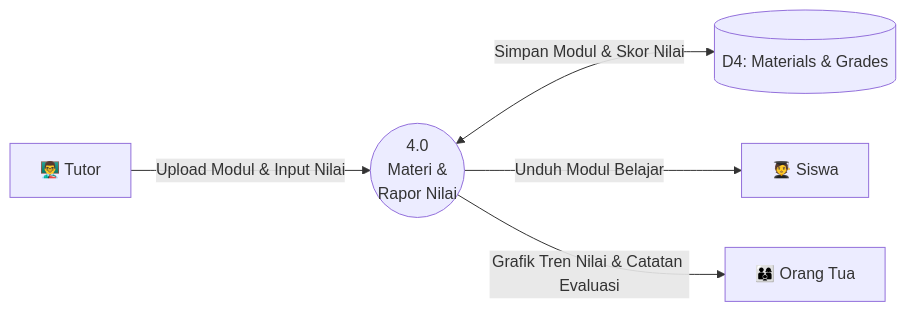
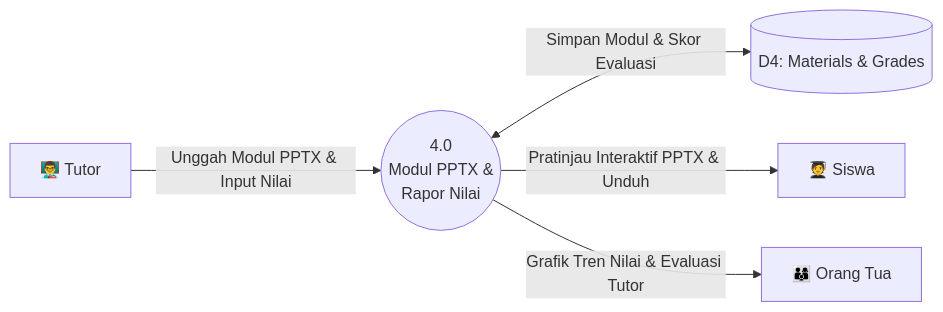
One commit to mohyusfi/bimbel-rpl changed the fifth of 6 diagrams in dfd/dfd_level_1.md. Above: the diagram before and after it, drawn with Mermaid. The commit also changed other lines of this file and 30 other files, not shown here.

````diff
--- a/dfd/dfd_level_1.md
+++ b/dfd/dfd_level_1.md
@@ -99,7 +116,7 @@
 ```mermaid
 flowchart LR
-    Tutor["👨‍🏫 Tutor"] -->|"Upload Modul & Input Nilai"| P4(("4.0<br/>Materi &<br/>Rapor Nilai"))
-    P4 <-->|"Simpan Modul & Skor Nilai"| D4[("D4: Materials & Grades")]
-    P4 -->|"Unduh Modul Belajar"| Siswa["🧑‍🎓 Siswa"]
-    P4 -->|"Grafik Tren Nilai & Catatan Evaluasi"| Ortu["👨‍👩‍👦 Orang Tua"]
+    Tutor["👨‍🏫 Tutor"] -->|"Unggah Modul PPTX & Input Nilai"| P4(("4.0<br/>Modul PPTX &<br/>Rapor Nilai"))
+    P4 <-->|"Simpan Modul & Skor Evaluasi"| D4[("D4: Materials & Grades")]
+    P4 -->|"Pratinjau Interaktif PPTX & Unduh"| Siswa["🧑‍🎓 Siswa"]
+    P4 -->|"Grafik Tren Nilai & Evaluasi Tutor"| Ortu["👨‍👩‍👦 Orang Tua"]
 ```
````
